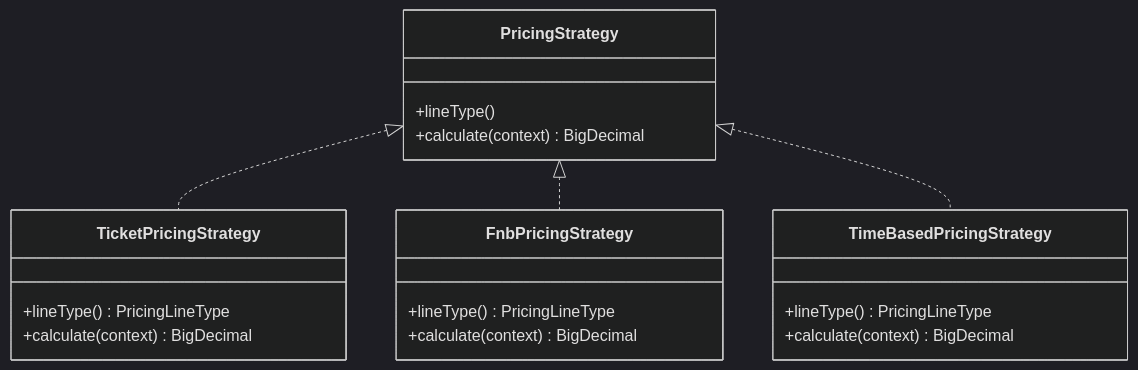
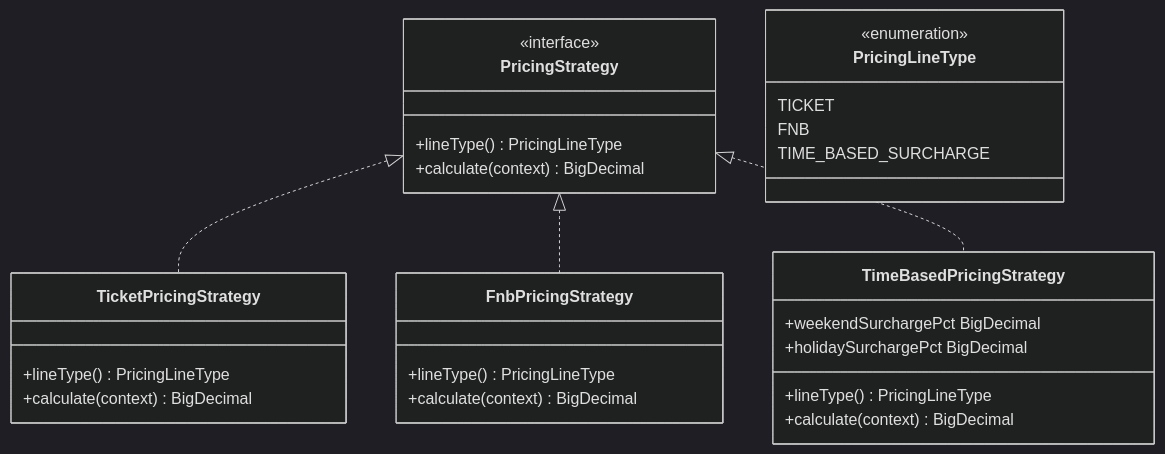
Before and after one commit to anhtudayne/Design_Pattern: the fourth of 9 diagrams in .qoder/repowiki/en/content/Core Features Implementation/Dynamic Pricing Engine.md, drawn with Mermaid (dark theme). The commit also changed other lines of this file and 101 other files, not shown here.

````diff
--- a/.qoder/repowiki/en/content/Core Features Implementation/Dynamic Pricing Engine.md
+++ b/.qoder/repowiki/en/content/Core Features Implementation/Dynamic Pricing Engine.md
@@ -245,22 +283,31 @@
 ```mermaid
 classDiagram
 class PricingStrategy {
-+lineType()
+<<interface>>
++lineType() PricingLineType
 +calculate(context) BigDecimal
 }
 class TicketPricingStrategy {
 +lineType() PricingLineType
 +calculate(context) BigDecimal
 }
 class FnbPricingStrategy {
 +lineType() PricingLineType
 +calculate(context) BigDecimal
 }
 class TimeBasedPricingStrategy {
++weekendSurchargePct BigDecimal
++holidaySurchargePct BigDecimal
 +lineType() PricingLineType
 +calculate(context) BigDecimal
+}
+class PricingLineType {
+<<enumeration>>
+TICKET
+FNB
+TIME_BASED_SURCHARGE
 }
 PricingStrategy <|.. TicketPricingStrategy
 PricingStrategy <|.. FnbPricingStrategy
 PricingStrategy <|.. TimeBasedPricingStrategy
 ```
````
